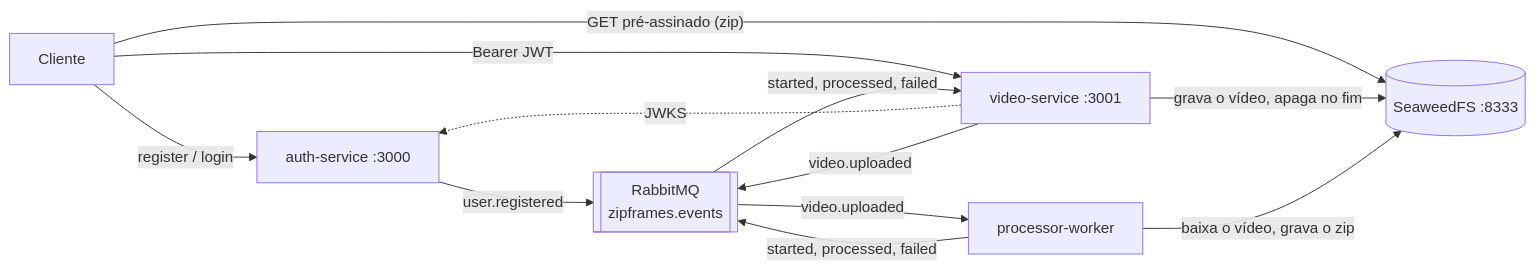
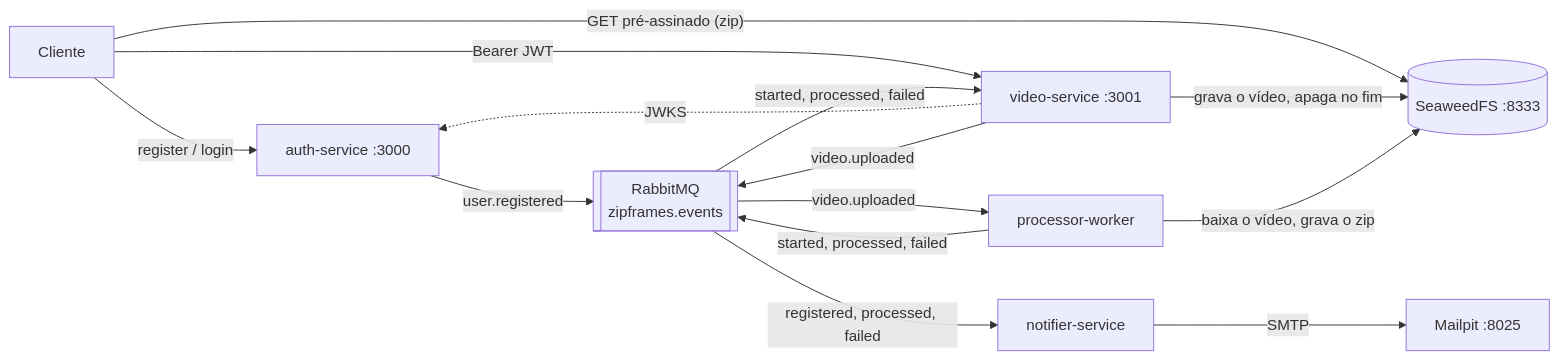
Before and after one commit to knzt/zipframes: the diagram in README.md, drawn with Mermaid. The commit also changed other lines of this file and 124 other files, not shown here.

````diff
--- a/README.md
+++ b/README.md
@@ -33,21 +34,25 @@
 ```mermaid
 flowchart LR
   client[Cliente]
   auth[auth-service :3000]
   video[video-service :3001]
   worker[processor-worker]
+  notif[notifier-service]
   storage[(SeaweedFS :8333)]
   broker[[RabbitMQ<br/>zipframes.events]]
+  mail[Mailpit :8025]
 
   client -- "register / login" --> auth
   client -- "Bearer JWT" --> video
   video -. "JWKS" .-> auth
   client -- "GET pré-assinado (zip)" --> storage
   video -- "grava o vídeo, apaga no fim" --> storage
   video -- "video.uploaded" --> broker
   broker -- "video.uploaded" --> worker
   worker -- "baixa o vídeo, grava o zip" --> storage
   worker -- "started, processed, failed" --> broker
   broker -- "started, processed, failed" --> video
   auth -- "user.registered" --> broker
+  broker -- "registered, processed, failed" --> notif
+  notif -- "SMTP" --> mail
 ```
````
